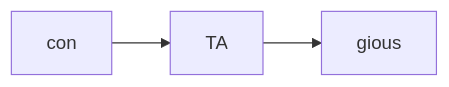
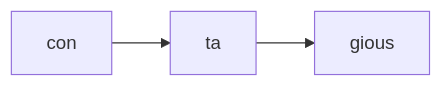
One commit to seki999/DialogueFlow changed the first of 5 diagrams in slides_backup/托业单词/20260630/08.md. Above: the diagram before and after it, drawn with Mermaid. The commit also changed other lines of this file and 28 other files, not shown here.

````diff
--- a/slides_backup/托业单词/20260630/08.md
+++ b/slides_backup/托业单词/20260630/08.md
@@ -17,5 +19,5 @@
 ```mermaid
 flowchart LR
-    A[con] --> B[TA]
+    A[con] --> B[ta]
     B --> C[gious]
 ```
````
